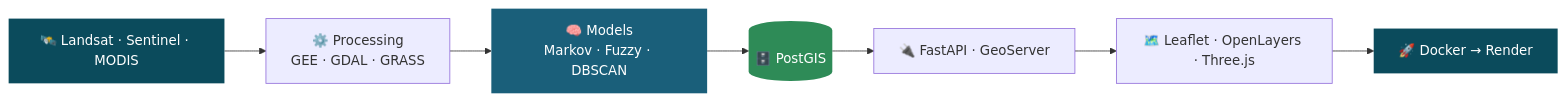
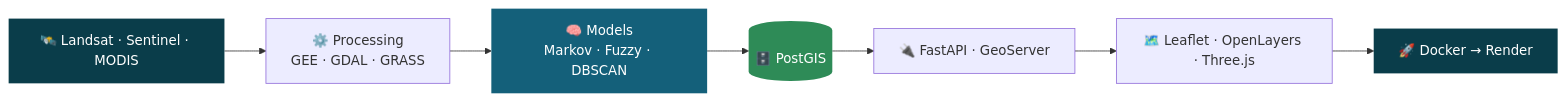
Before and after one commit to zafariabbas68/zafariabbas68: the first of 2 diagrams in README.md, drawn with Mermaid. The commit also changed other lines of this file, not shown here.

````diff
--- a/README.md
+++ b/README.md
@@ -122,13 +125,13 @@
 ```mermaid
 flowchart LR
     A[🛰️ Landsat · Sentinel · MODIS] --> B[⚙️ Processing<br/>GEE · GDAL · GRASS]
     B --> C[🧠 Models<br/>Markov · Fuzzy · DBSCAN]
     C --> D[(🗄️ PostGIS)]
     D --> E[🔌 FastAPI · GeoServer]
     E --> F[🗺️ Leaflet · OpenLayers · Three.js]
     F --> G[🚀 Docker → Render]
-    style A fill:#0b4b5c,color:#fff,stroke:none
-    style C fill:#1a5f7a,color:#fff,stroke:none
+    style A fill:#0a3d4a,color:#fff,stroke:none
+    style C fill:#14607a,color:#fff,stroke:none
     style D fill:#2e8b57,color:#fff,stroke:none
-    style G fill:#0b4b5c,color:#fff,stroke:none
+    style G fill:#0a3d4a,color:#fff,stroke:none
 ```
````
